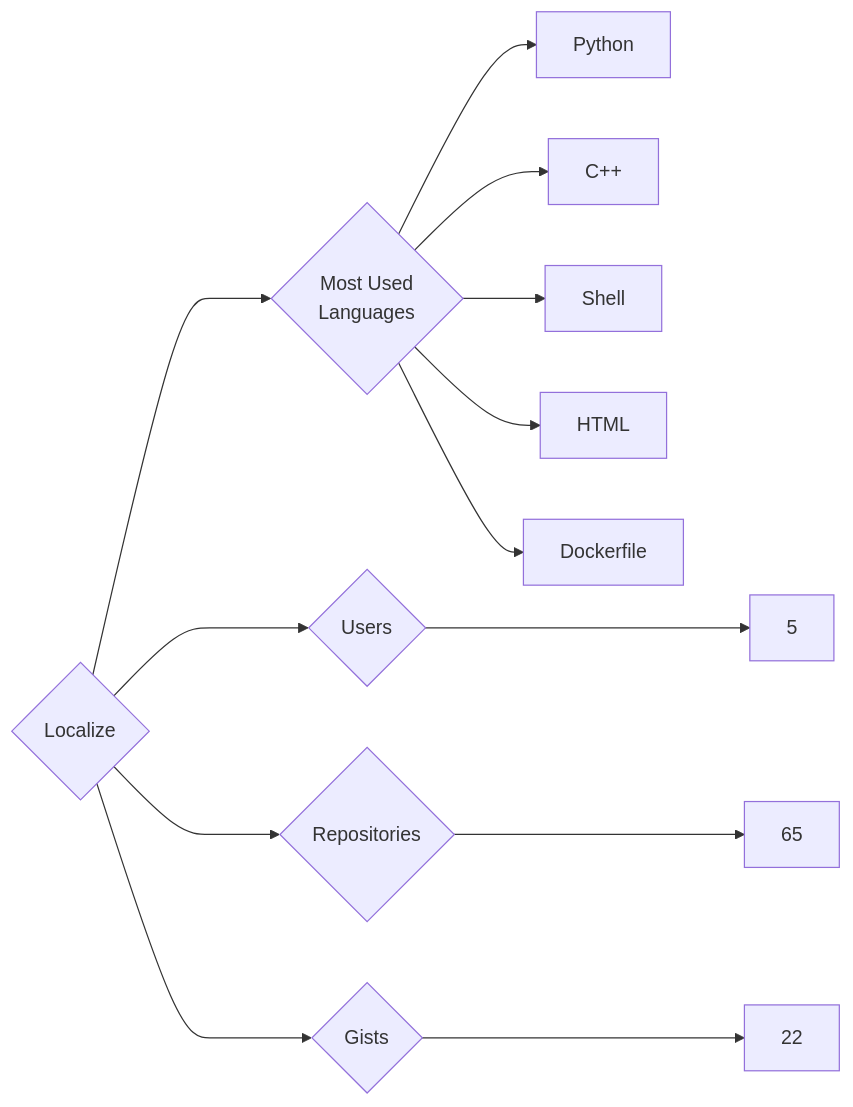
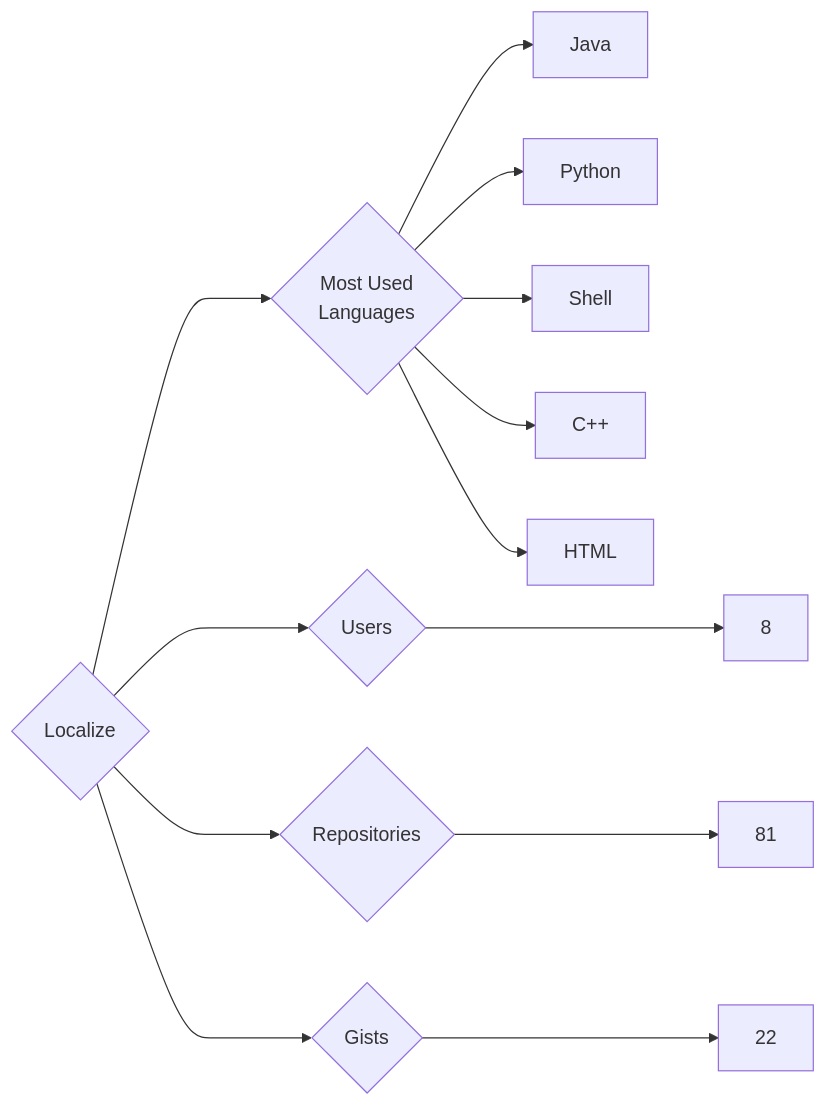
One commit to trickest/insiders changed the diagram in targets/Localize/README.md. Above: the diagram before and after it, drawn with Mermaid. The commit also changed 814 other files, not shown here.

````diff
--- a/targets/Localize/README.md
+++ b/targets/Localize/README.md
@@ -3,13 +3,13 @@
 ```mermaid
 graph LR
 COMPANY_NAME{Localize}
-COMPANY_NAME ---> U{Users} ---> UN[5]
-COMPANY_NAME ---> R{Repositories} ---> RN[65]
+COMPANY_NAME ---> U{Users} ---> UN[8]
+COMPANY_NAME ---> R{Repositories} ---> RN[81]
 COMPANY_NAME ---> G{Gists} ---> GN[22]
 COMPANY_NAME ---> ML{Most Used<br>Languages}
+ML --> Java[Java]
 ML --> Python[Python]
+ML --> Shell[Shell]
 ML --> C++[C++]
-ML --> Shell[Shell]
 ML --> HTML[HTML]
-ML --> Dockerfile[Dockerfile]
 ```
````
